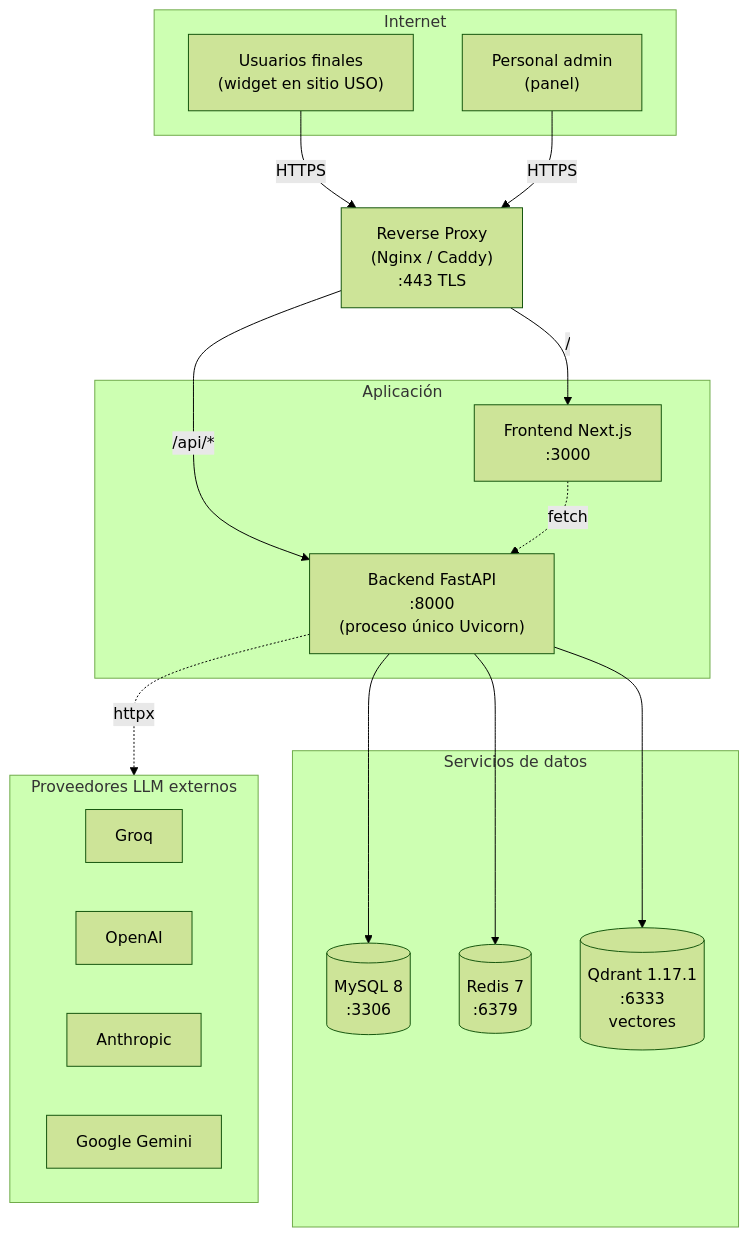
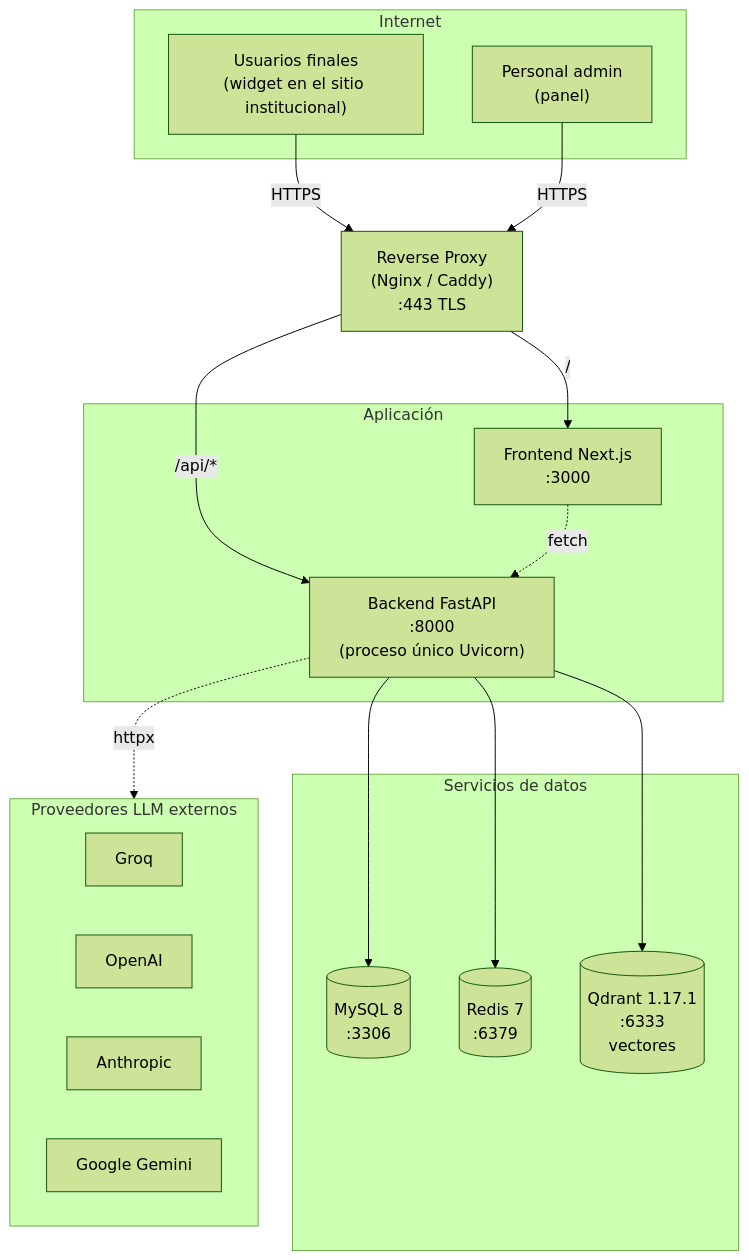
The first of 6 diagrams in docs/ARCHITECTURE.md (AdoDeveloper/chatbot-uso), drawn with Mermaid (forest theme) before and after one commit. The commit also changed 5 other files, not shown here.

````diff
--- a/docs/ARCHITECTURE.md
+++ b/docs/ARCHITECTURE.md
@@ -9,37 +9,37 @@
 ```mermaid
 flowchart TB
     subgraph internet["Internet"]
-        users["Usuarios finales<br/>(widget en sitio USO)"]
+        users["Usuarios finales<br/>(widget en el sitio institucional)"]
         admin["Personal admin<br/>(panel)"]
     end
 
     proxy["Reverse Proxy<br/>(Nginx / Caddy)<br/>:443 TLS"]
 
     subgraph app["Aplicación"]
         front["Frontend Next.js<br/>:3000"]
         back["Backend FastAPI<br/>:8000<br/>(proceso único Uvicorn)"]
     end
 
     subgraph data["Servicios de datos"]
         mysql[("MySQL 8<br/>:3306")]
         redis[("Redis 7<br/>:6379")]
         qdrant[("Qdrant 1.17.1<br/>:6333<br/>vectores")]
     end
 
     subgraph llm["Proveedores LLM externos"]
         groq["Groq"]
         openai["OpenAI"]
         anthropic["Anthropic"]
         gemini["Google Gemini"]
     end
 
     users -->|HTTPS| proxy
     admin -->|HTTPS| proxy
     proxy -->|/api/*| back
     proxy -->|/| front
     front -.->|fetch| back
     back --> mysql
     back --> redis
     back --> qdrant
     back -.->|httpx| llm
 ```
````
